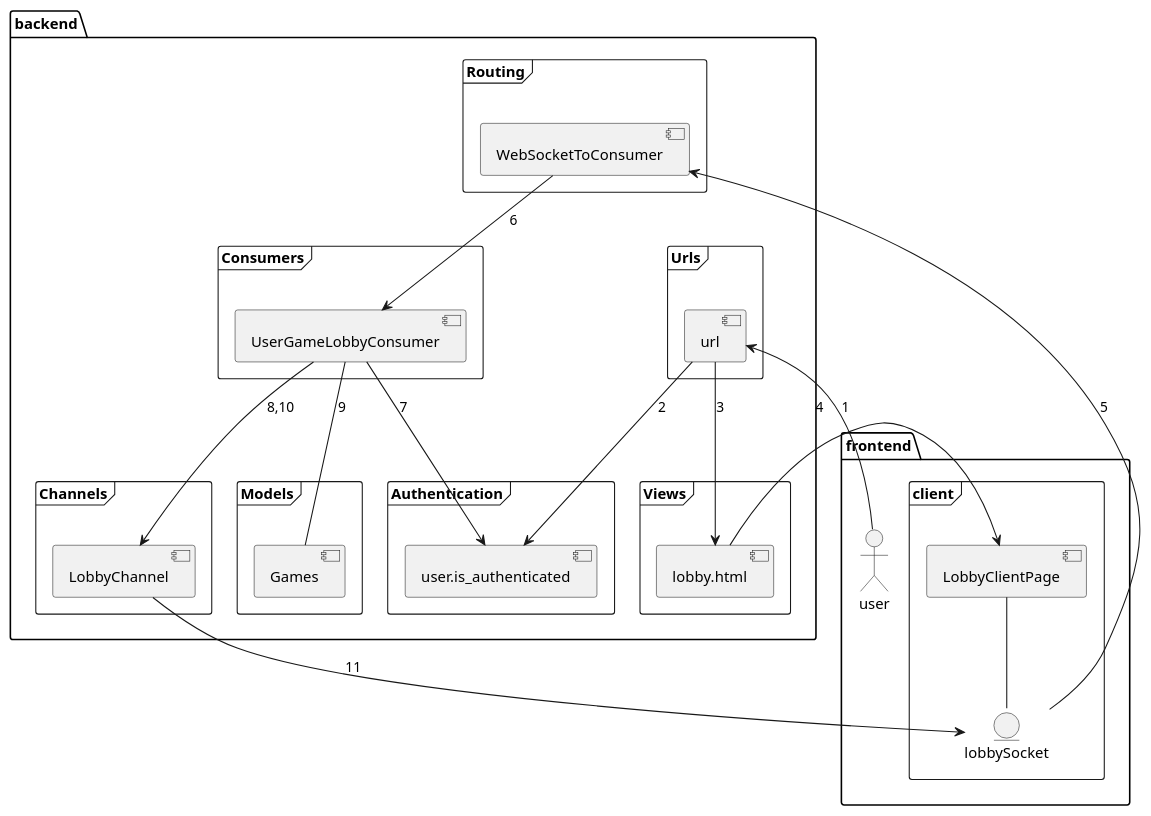
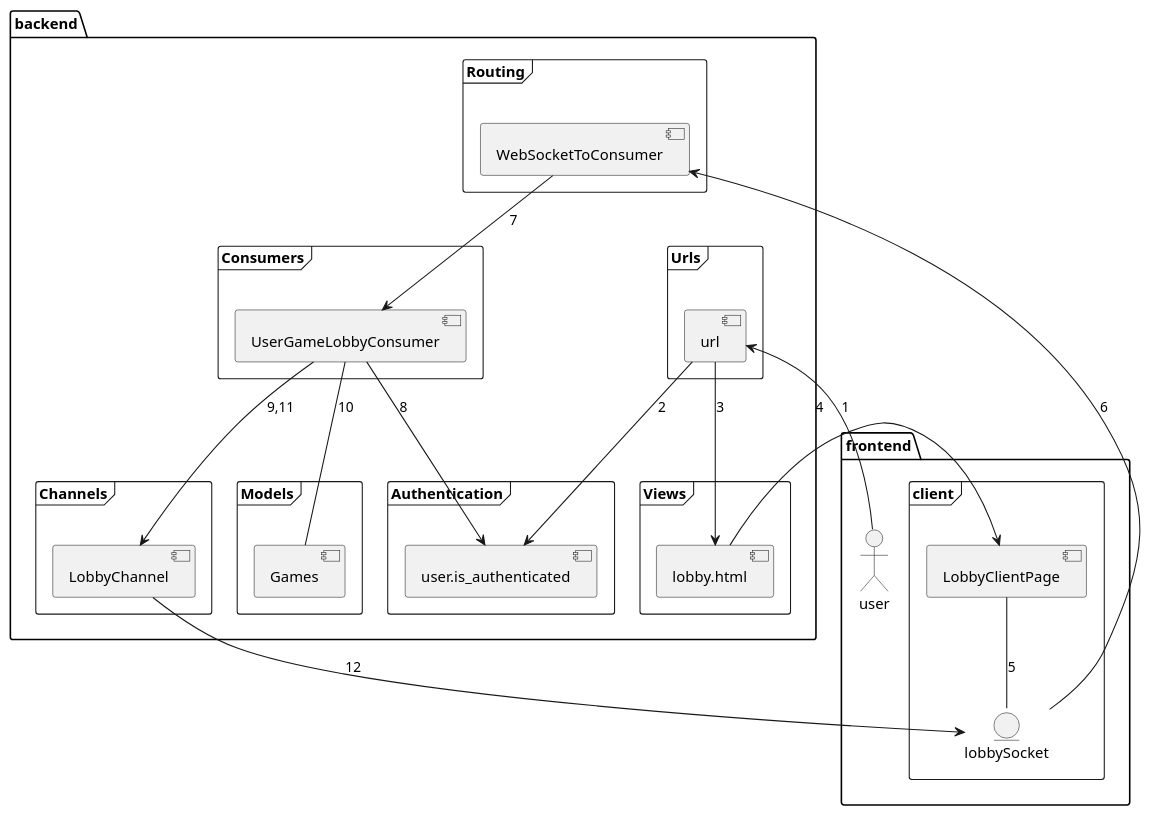
Before and after one commit to corya14/tic-tactical-toe: the diagram in docs/puml/lobby.puml, drawn with PlantUML. The commit also changed 1 other file, not shown here.

```diff
--- a/docs/puml/lobby.puml
+++ b/docs/puml/lobby.puml
@@ -1,47 +1,47 @@
 @startuml
 
 package "backend" {
   frame "Urls" {
     [url]
   }
   frame "Views" {
     [lobby.html]
   }
   frame "Routing" {
     [WebSocketToConsumer]
   }
   frame "Models" {
     [Games]
   }
   frame "Authentication" {
     [user.is_authenticated]
   }
   frame "Consumers" {
     [UserGameLobbyConsumer]
   }
   frame "Channels" {
     [LobbyChannel]
   }
 }
 
 package "frontend" {
   actor user
   frame "client" {
     entity lobbySocket
-    [LobbyClientPage] -- lobbySocket
+    [LobbyClientPage] -- lobbySocket : 5
   }
 }
 
 user --> url : 1
 url --> user.is_authenticated : 2
 url --> lobby.html : 3
 lobby.html --> LobbyClientPage : 4
-lobbySocket --> WebSocketToConsumer : 5
-WebSocketToConsumer --> UserGameLobbyConsumer : 6
-UserGameLobbyConsumer --> user.is_authenticated : 7
-UserGameLobbyConsumer --> LobbyChannel : 8,10
-UserGameLobbyConsumer -- Games : 9
-LobbyChannel --> lobbySocket : 11
+lobbySocket --> WebSocketToConsumer : 6
+WebSocketToConsumer --> UserGameLobbyConsumer : 7
+UserGameLobbyConsumer --> user.is_authenticated : 8
+UserGameLobbyConsumer --> LobbyChannel : 9,11
+UserGameLobbyConsumer -- Games : 10
+LobbyChannel --> lobbySocket : 12
 
 
 @enduml
```
